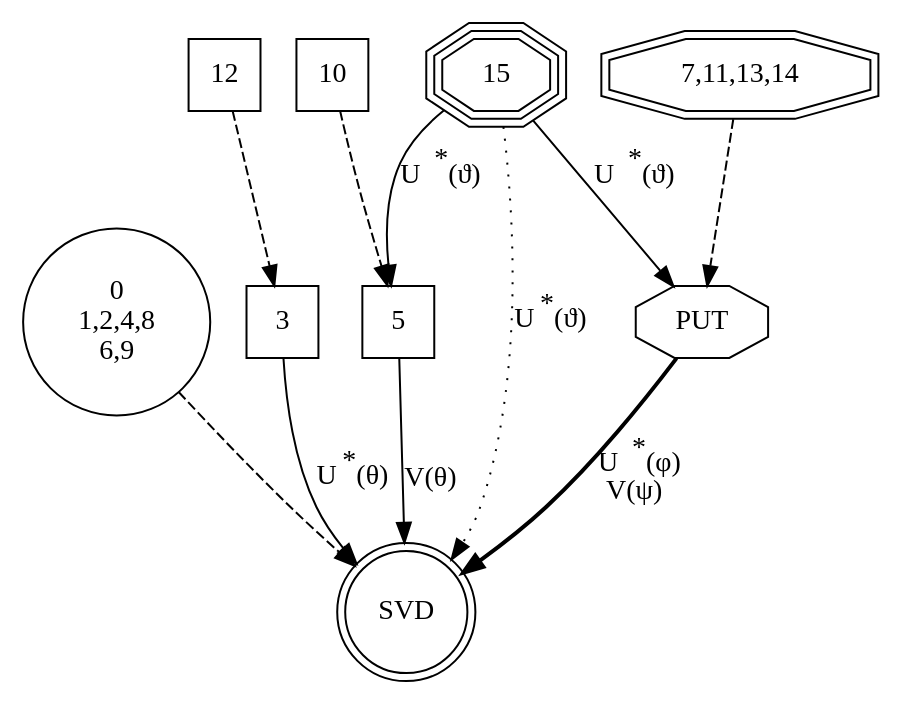
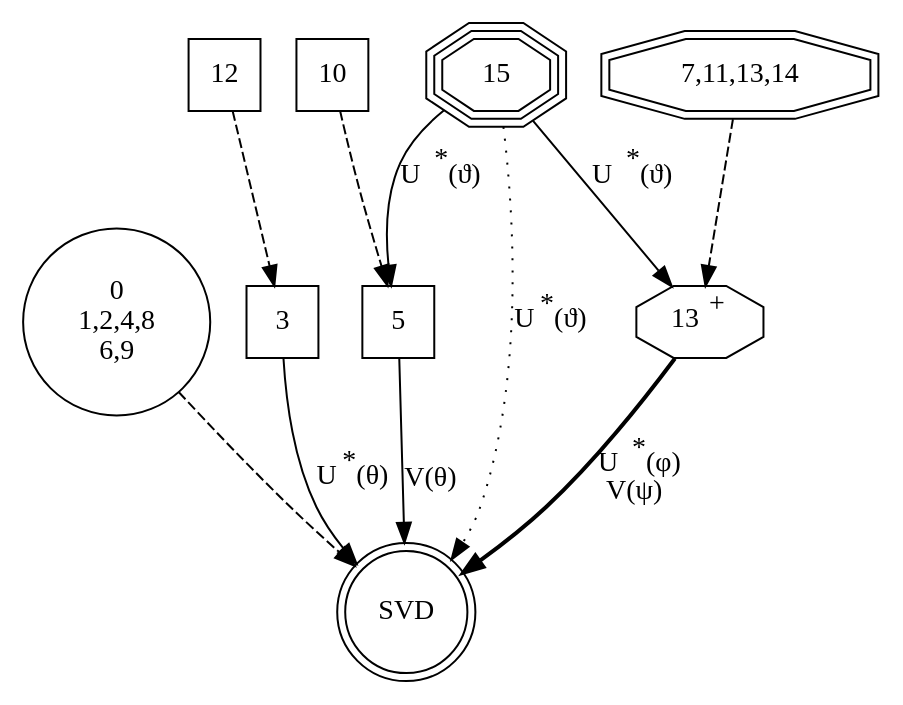
One commit to venovako/libpvn changed the diagram in var/sv2.dot. Above: the diagram before and after it, drawn with Graphviz. The commit also changed 1 other file, not shown here.

```diff
--- a/var/sv2.dot
+++ b/var/sv2.dot
@@ -1,23 +1,24 @@
 strict digraph sv2 {
     {
         0124869 [shape=circle,label="0\n1,2,4,8\n6,9"]
         3 [shape=square]
         5 [shape=square]
         7111314 [shape=doubleoctagon,label="7,11,13,14"]
         10 [shape=square]
         12 [shape=square]
         15 [shape=tripleoctagon]
-        PUT [shape=octagon]
+        URV [shape=octagon,label=<13<SUP>+</SUP>>]
         SVD [shape=doublecircle]
     }
     0124869 -> SVD [style=dashed]
     3 -> SVD [label=<U<SUP>*</SUP>(θ)>]
-    7111314 -> PUT [style=dashed]
+    7111314 -> URV [style=dashed]
     12 -> 3 [style=dashed]
-    PUT -> SVD [label=< U<SUP>*</SUP>(φ)<BR/> V(ψ)>,style=bold]
+    URV -> SVD [label=< U<SUP>*</SUP>(φ)<BR/> V(ψ)>,style=bold]
     5 -> SVD [label=< V(θ)>]
     10 -> 5 [style=dashed]
     15 -> 5 [label=< U<SUP>*</SUP>(ϑ)>]
     15 -> SVD [label=<U<SUP>*</SUP>(ϑ)>,style=dotted]
-    15 -> PUT [label=< U<SUP>*</SUP>(ϑ)>]
+    15 -> URV [label=< U<SUP>*</SUP>(ϑ)>]
 }
+// dot -v -Tpdf -osv2.pdf -x sv2.dot
```
